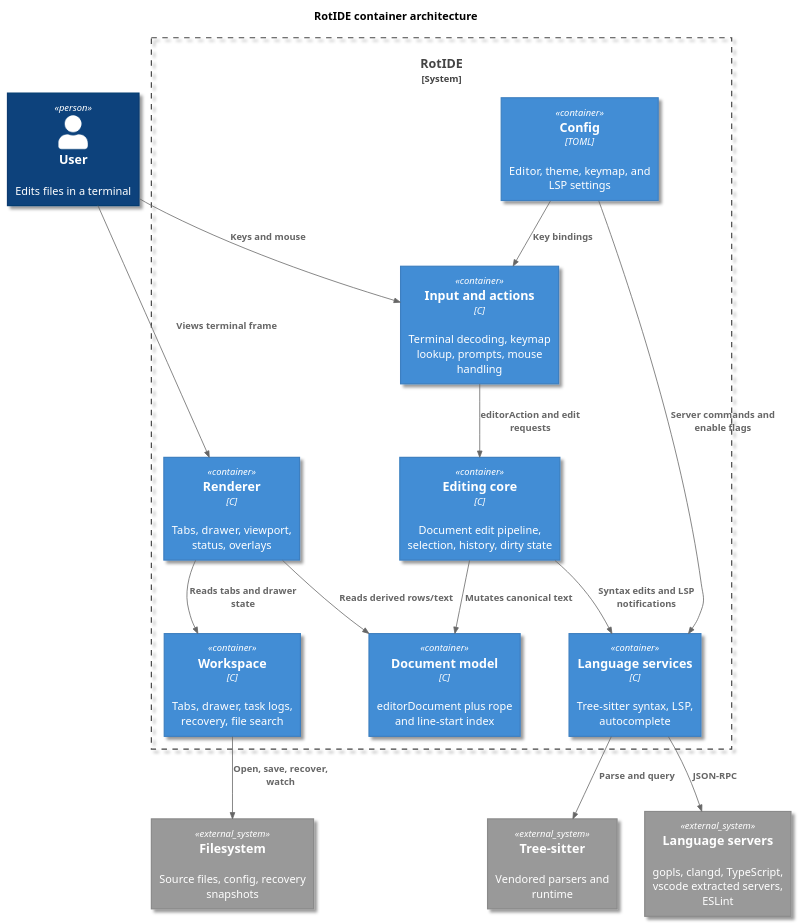
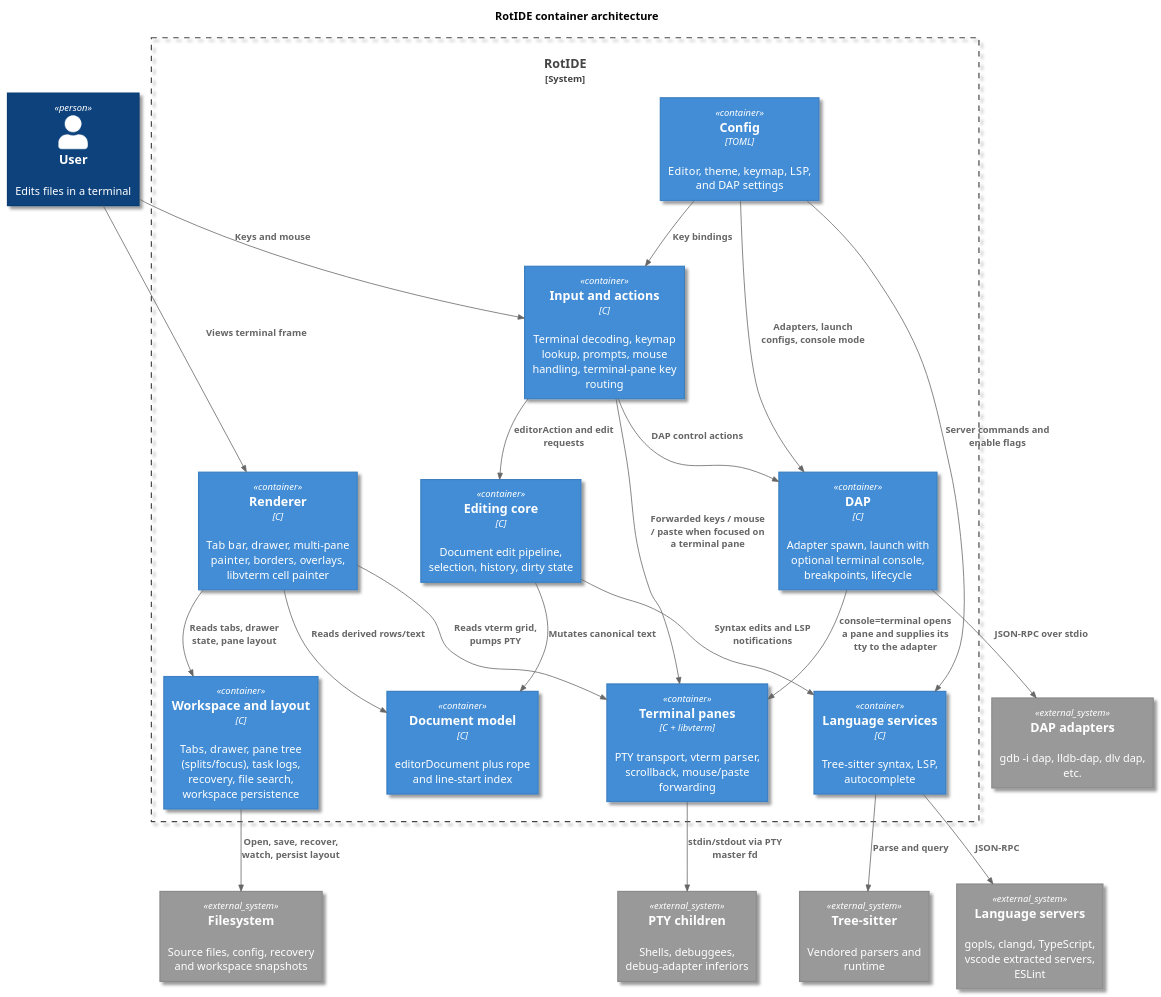
Before and after one commit to kokkoniemi/rotide: the diagram in docs/diagrams/src/architecture-container.puml, drawn with PlantUML. The commit also changed 15 other files, not shown here.

```diff
--- a/docs/diagrams/src/architecture-container.puml
+++ b/docs/diagrams/src/architecture-container.puml
@@ -1,36 +1,47 @@
 @startuml
 skin rose
 !include <C4/C4_Container>
 skinparam backgroundColor #FFFFFF
 
 title RotIDE container architecture
 
 Person(user, "User", "Edits files in a terminal")
 System_Boundary(rotide, "RotIDE") {
-	Container(input, "Input and actions", "C", "Terminal decoding, keymap lookup, prompts, mouse handling")
+	Container(input, "Input and actions", "C", "Terminal decoding, keymap lookup, prompts, mouse handling, terminal-pane key routing")
 	Container(editing, "Editing core", "C", "Document edit pipeline, selection, history, dirty state")
 	Container(document, "Document model", "C", "editorDocument plus rope and line-start index")
-	Container(render, "Renderer", "C", "Tabs, drawer, viewport, status, overlays")
-	Container(workspace, "Workspace", "C", "Tabs, drawer, task logs, recovery, file search")
+	Container(render, "Renderer", "C", "Tab bar, drawer, multi-pane painter, borders, overlays, libvterm cell painter")
+	Container(workspace, "Workspace and layout", "C", "Tabs, drawer, pane tree (splits/focus), task logs, recovery, file search, workspace persistence")
 	Container(language, "Language services", "C", "Tree-sitter syntax, LSP, autocomplete")
-	Container(config, "Config", "TOML", "Editor, theme, keymap, and LSP settings")
+	Container(terminal, "Terminal panes", "C + libvterm", "PTY transport, vterm parser, scrollback, mouse/paste forwarding")
+	Container(dap, "DAP", "C", "Adapter spawn, launch with optional terminal console, breakpoints, lifecycle")
+	Container(config, "Config", "TOML", "Editor, theme, keymap, LSP, and DAP settings")
 }
 
-System_Ext(files, "Filesystem", "Source files, config, recovery snapshots")
+System_Ext(files, "Filesystem", "Source files, config, recovery and workspace snapshots")
 System_Ext(ts, "Tree-sitter", "Vendored parsers and runtime")
 System_Ext(lsp, "Language servers", "gopls, clangd, TypeScript, vscode extracted servers, ESLint")
+System_Ext(pty_children, "PTY children", "Shells, debuggees, debug-adapter inferiors")
+System_Ext(adapters, "DAP adapters", "gdb -i dap, lldb-dap, dlv dap, etc.")
 
 Rel(user, input, "Keys and mouse")
 Rel(input, editing, "editorAction and edit requests")
+Rel(input, terminal, "Forwarded keys / mouse / paste when focused on a terminal pane")
+Rel(input, dap, "DAP control actions")
 Rel(editing, document, "Mutates canonical text")
 Rel(editing, language, "Syntax edits and LSP notifications")
 Rel(render, document, "Reads derived rows/text")
-Rel(render, workspace, "Reads tabs and drawer state")
+Rel(render, workspace, "Reads tabs, drawer state, pane layout")
+Rel(render, terminal, "Reads vterm grid, pumps PTY")
 Rel(config, input, "Key bindings")
 Rel(config, language, "Server commands and enable flags")
-Rel(workspace, files, "Open, save, recover, watch")
+Rel(config, dap, "Adapters, launch configs, console mode")
+Rel(workspace, files, "Open, save, recover, watch, persist layout")
 Rel(language, ts, "Parse and query")
 Rel(language, lsp, "JSON-RPC")
+Rel(terminal, pty_children, "stdin/stdout via PTY master fd")
+Rel(dap, adapters, "JSON-RPC over stdio")
+Rel(dap, terminal, "console=terminal opens a pane and supplies its tty to the adapter")
 Rel(user, render, "Views terminal frame")
 
 @enduml
```
